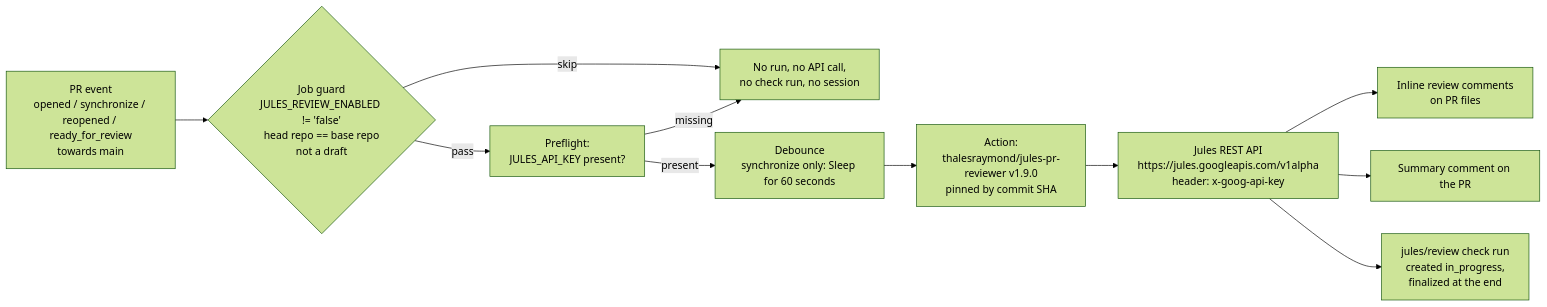
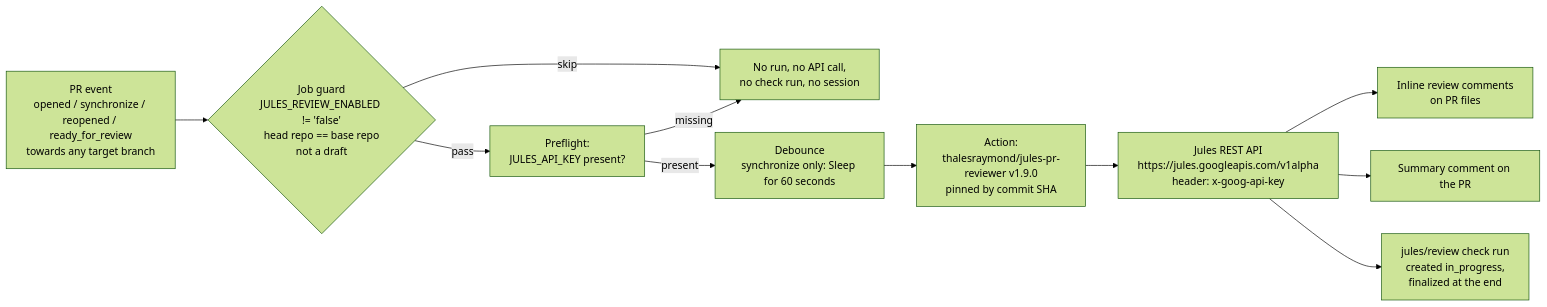
The diagram in docs/JULES_PR_REVIEW.md (GANGU-bit/hydropulse-1), drawn with Mermaid (forest theme) before and after one commit. The commit also changed other lines of this file and 1 other file, not shown here.

Commit message:
ci(jules): review pull requests across all base branches
Remove the branches: [main] restriction from jules-pr-review.yml so that
Jules reviews all eligible pull requests regardless of their target/base branch.

- Trigger on opened, synchronize, reopened, ready_for_review
- Preserve advisory-only mode (fail_on: never)
- Preserve draft and fork protections
- Preserve per-PR concurrency, timeouts, deduplication, and permissions
- Update docs/JULES_PR_REVIEW.md trigger documentation

````diff
--- a/docs/JULES_PR_REVIEW.md
+++ b/docs/JULES_PR_REVIEW.md
@@ -62,13 +62,13 @@
 ```mermaid
 flowchart LR
-    A[PR event<br>opened / synchronize / reopened / ready_for_review<br>towards main] --> B{Job guard<br>JULES_REVIEW_ENABLED != 'false'<br>head repo == base repo<br>not a draft}
+    A[PR event<br>opened / synchronize / reopened / ready_for_review<br>towards any target branch] --> B{Job guard<br>JULES_REVIEW_ENABLED != 'false'<br>head repo == base repo<br>not a draft}
     B -- skip --> X[No run, no API call,<br>no check run, no session]
     B -- pass --> C[Preflight:<br>JULES_API_KEY present?]
     C -- missing --> X
     C -- present --> D[Debounce<br>synchronize only: Sleep for 60 seconds]
     D --> E[Action:<br>thalesraymond/jules-pr-reviewer v1.9.0<br>pinned by commit SHA]
     E --> F[Jules REST API<br>https://jules.googleapis.com/v1alpha<br>header: x-goog-api-key]
     F --> G[Inline review comments<br>on PR files]
     F --> H[Summary comment on the PR]
     F --> I[jules/review check run<br>created in_progress,<br>finalized at the end]
 ```
````
